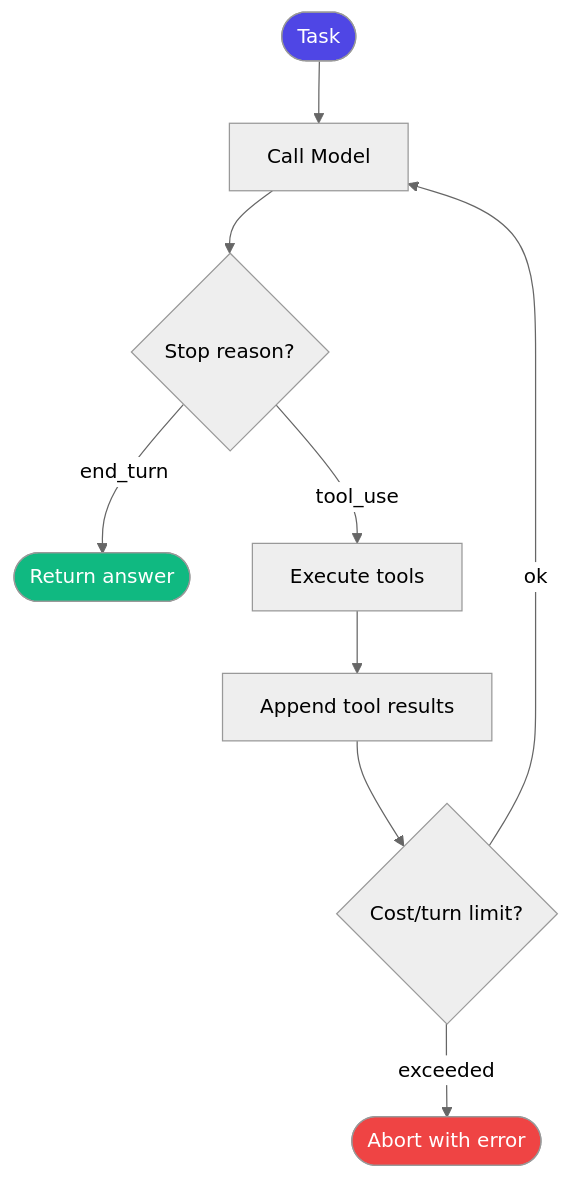
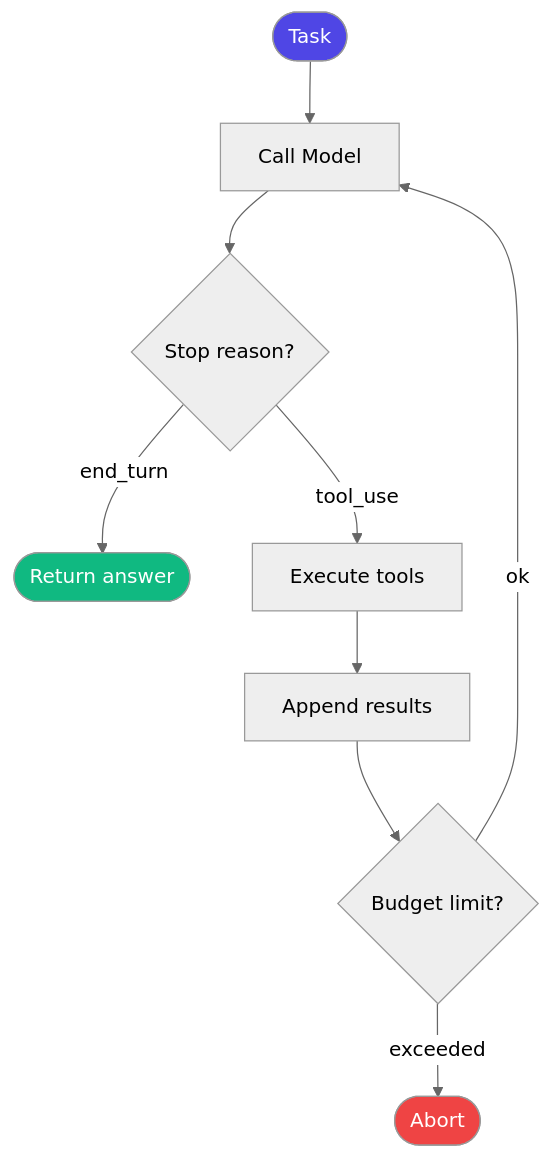
Before and after one commit to thepandanlabs/applied-ai-from-scratch: the first of 8 diagrams in slides/phase-04-agents.md, drawn with Mermaid (neutral theme). The commit also changed other lines of this file and 1 other file, not shown here.

First line of the commit message:
fix(slides): mermaid syntax errors and table bottom border

```diff
--- a/slides/phase-04-agents.md
+++ b/slides/phase-04-agents.md
@@ -91,15 +88,14 @@
 <div class="mermaid">
 flowchart TD
     A([Task]) --> B[Call Model]
     B --> C{Stop reason?}
     C -->|end_turn| D([Return answer])
     C -->|tool_use| E[Execute tools]
-    E --> F[Append tool results]
-    F --> G{Cost/turn limit?}
-    G -->|exceeded| H([Abort with error])
+    E --> F[Append results]
+    F --> G{Budget limit?}
+    G -->|exceeded| H([Abort])
     G -->|ok| B
-
     style A fill:#4f46e5,color:#fff
     style D fill:#10b981,color:#fff
     style H fill:#ef4444,color:#fff
 </div>
```
